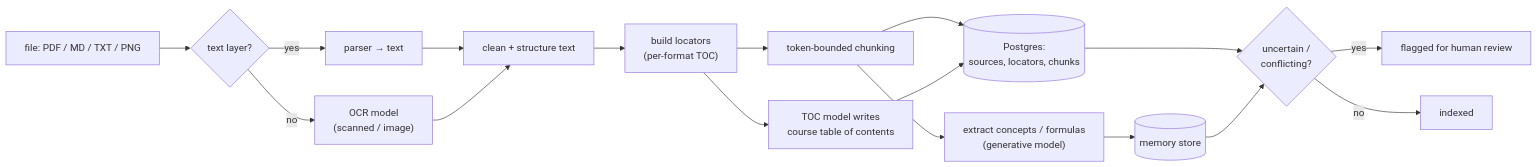
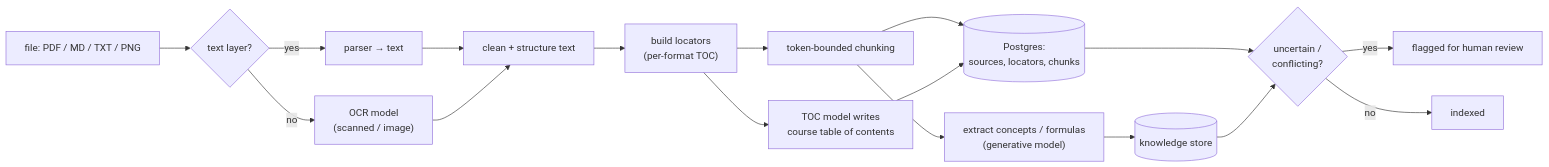
One commit to RileyK05/Stacks changed diagram 15 of 19 in system.md. Above: the diagram before and after it, drawn with Mermaid. The commit also changed other lines of this file and 15 other files, not shown here.

````diff
--- a/system.md
+++ b/system.md
@@ -701,19 +705,19 @@
 ```mermaid
 flowchart LR
     F["file: PDF / MD / TXT / PNG"] --> TYPE{text layer?}
     TYPE -->|yes| PARSE["parser → text"]
     TYPE -->|no| OCR["OCR model<br/>(scanned / image)"]
     PARSE --> CLEAN
     OCR --> CLEAN["clean + structure text"]
     CLEAN --> LOC["build locators<br/>(per-format TOC)"]
     LOC --> CHUNK["token-bounded chunking"]
     CHUNK --> DB[("Postgres:<br/>sources, locators, chunks")]
     CHUNK --> EXTRACT["extract concepts / formulas<br/>(generative model)"]
-    EXTRACT --> MEM[("memory store")]
+    EXTRACT --> MEM[("knowledge store")]
     LOC --> TOC["TOC model writes<br/>course table of contents"]
     TOC --> DB
     DB --> REVIEW{"uncertain /<br/>conflicting?"}
     MEM --> REVIEW
     REVIEW -->|yes| QUEUE["flagged for human review"]
     REVIEW -->|no| DONE["indexed"]
 ```
````
